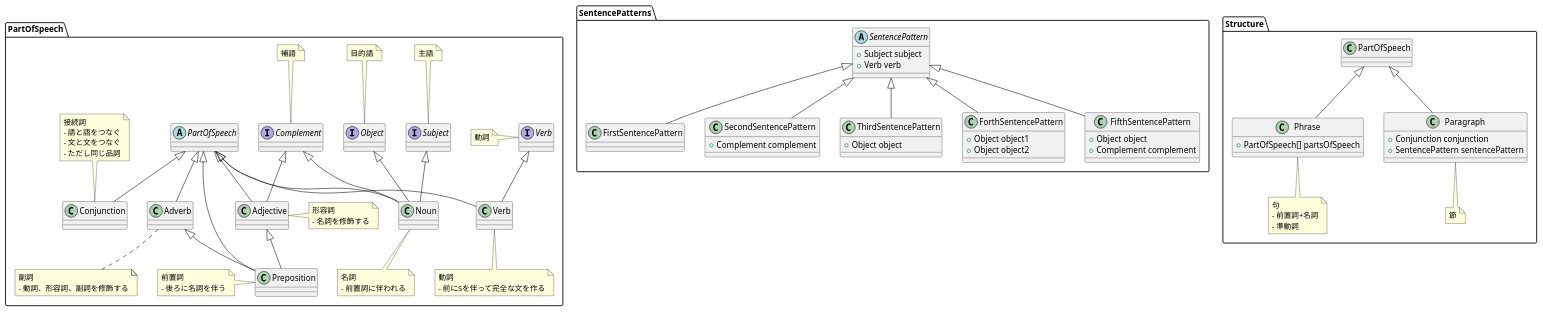
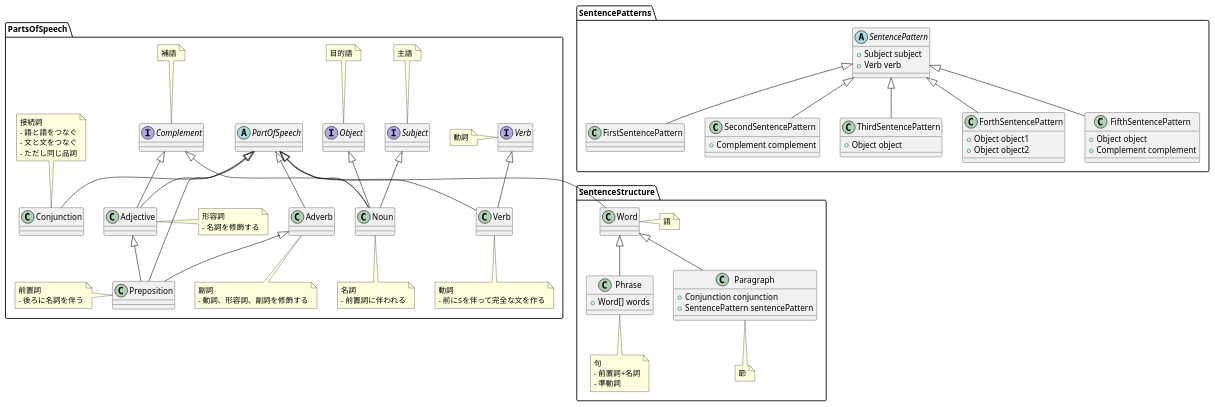
The diagram in docs/diagrams/src/class_diagram.pu (JHashimoto0518/structure-of-english), drawn with PlantUML before and after one commit.

Commit message:
refactor

```diff
--- a/docs/diagrams/src/class_diagram.pu
+++ b/docs/diagrams/src/class_diagram.pu
@@ -1,115 +1,121 @@
 @startuml Structure of English
 
-package PartOfSpeech {
+package PartsOfSpeech {
     interface Subject
     note top : 主語
 
     interface "Verb" as IVerb
     note left : 動詞
 
     interface Object
     note top : 目的語
 
     interface Complement
     note top : 補語
 
     abstract class PartOfSpeech {
     }
 
     '名詞
     class Noun {
     }
     note bottom : 名詞\n- 前置詞に伴われる
     PartOfSpeech <|-- Noun
     Subject <|-- Noun
     Object <|-- Noun
     Complement <|-- Noun
 
     '動詞
     class Verb {
 
     }
     note bottom : 動詞\n- 前にSを伴って完全な文を作る
     PartOfSpeech <|-- Verb
     IVerb <|-- Verb
 
     '形容詞
     class Adjective {
 
     }
     note right : 形容詞\n- 名詞を修飾する
     Complement <|-- Adjective
     PartOfSpeech <|-- Adjective
 
     '副詞
     class Adverb {
 
     }
     note bottom : 副詞\n- 動詞、形容詞、副詞を修飾する
     PartOfSpeech <|-- Adverb
 
     '前置詞
     class Preposition {
 
     }
     note left : 前置詞\n- 後ろに名詞を伴う
     PartOfSpeech <|-- Preposition
     Adjective <|-- Preposition
     Adverb <|-- Preposition
 
     '接続詞
     class Conjunction {
 
     }
     note top : 接続詞\n- 語と語をつなぐ\n- 文と文をつなぐ\n- ただし同じ品詞
     PartOfSpeech <|-- Conjunction
 }
 
 package SentencePatterns {
     abstract class SentencePattern {
         + Subject subject
         + Verb verb
     }
 
     class FirstSentencePattern {
     }
     SentencePattern <|-- FirstSentencePattern
 
     class SecondSentencePattern {
         + Complement complement
     }
     SentencePattern <|-- SecondSentencePattern
 
     class ThirdSentencePattern {
         + Object object
     }
     SentencePattern <|-- ThirdSentencePattern
 
     class ForthSentencePattern {
         + Object object1
         + Object object2
     }
     SentencePattern <|-- ForthSentencePattern
 
     class FifthSentencePattern {
         + Object object
         + Complement complement
     }
     SentencePattern <|-- FifthSentencePattern
 }
 
-package Structure {
+package SentenceStructure {
+    class Word {
+
+    }
+    note right : 語
+    PartOfSpeech <|-- Word
+
     class Phrase {
-        + PartOfSpeech[] partsOfSpeech
+        + Word[] words
     }
     note bottom : 句\n- 前置詞+名詞\n- 準動詞
-    PartOfSpeech <|-- Phrase
+    Word <|-- Phrase
 
     class Paragraph {
         + Conjunction conjunction
         + SentencePattern sentencePattern
     }
     note bottom : 節
-    PartOfSpeech <|-- Paragraph
+    Word <|-- Paragraph
 }
 @enduml
```
